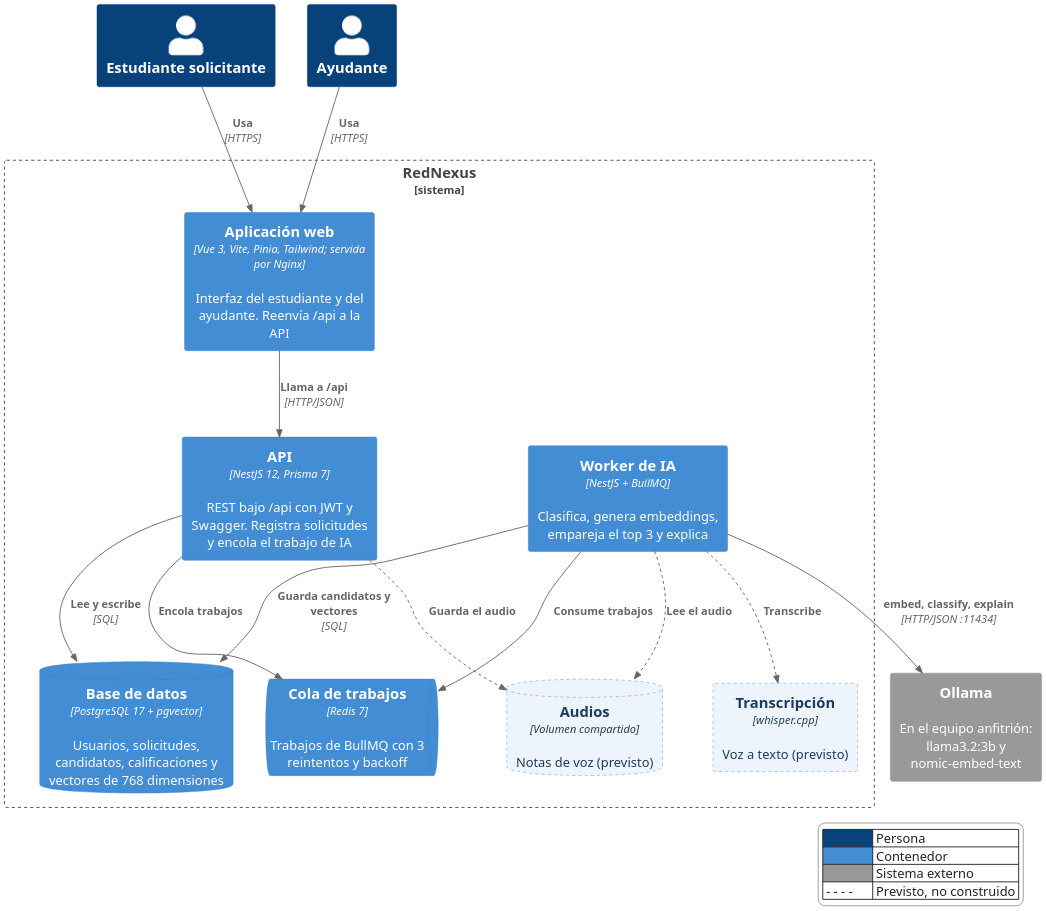
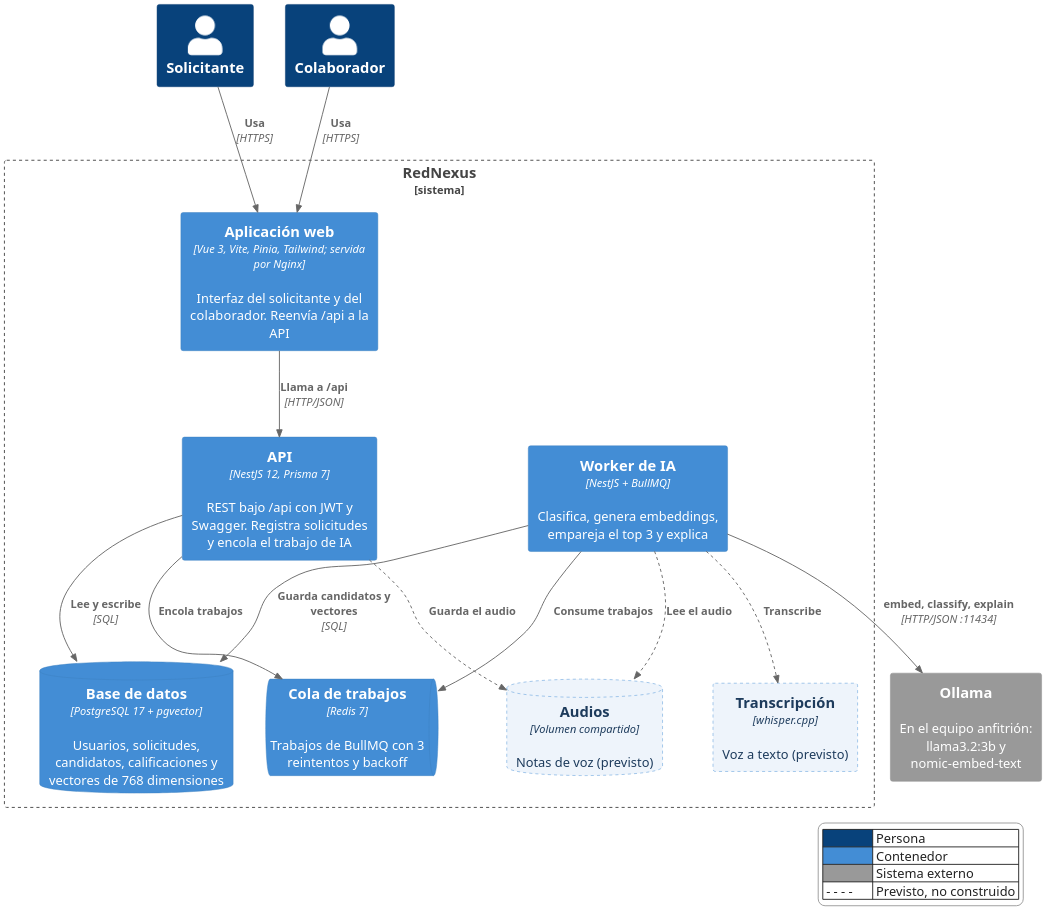
One commit to juanjosegl/RedNexus-Platform changed the diagram in docs/arquitectura/diagramas/02-c4-contenedores.puml. Above: the diagram before and after it, drawn with PlantUML. The commit also changed 15 other files, not shown here.

First line of the commit message:
docs(arquitectura): términos solicitante y colaborador en diagramas

```diff
--- a/docs/arquitectura/diagramas/02-c4-contenedores.puml
+++ b/docs/arquitectura/diagramas/02-c4-contenedores.puml
@@ -1,50 +1,50 @@
 @startuml 02-c4-contenedores
 ' C4 nivel 2: contenedores. La API y el worker usan la misma imagen (rednexus-api).
 !include <C4/C4_Container>
 skinparam dpi 200
 skinparam defaultFontName "Helvetica"
 HIDE_STEREOTYPE()
 skinparam LegendFontColor #222222
 skinparam LegendBackgroundColor #ffffff
 skinparam LegendBorderColor #999999
 AddElementTag("previsto", $bgColor="#eef4fb", $fontColor="#1d3b5c", $borderColor="#438dd5", $borderStyle=DashedLine())
 AddRelTag("previsto", $lineStyle=DashedLine())
 
-Person(sol, "Estudiante solicitante")
-Person(ayu, "Ayudante")
+Person(sol, "Solicitante")
+Person(ayu, "Colaborador")
 
 Boundary(rn, "RedNexus", "sistema") {
-  Container(web, "Aplicación web", "Vue 3, Vite, Pinia, Tailwind; servida por Nginx", "Interfaz del estudiante y del ayudante. Reenvía /api a la API")
+  Container(web, "Aplicación web", "Vue 3, Vite, Pinia, Tailwind; servida por Nginx", "Interfaz del solicitante y del colaborador. Reenvía /api a la API")
   Container(api, "API", "NestJS 12, Prisma 7", "REST bajo /api con JWT y Swagger. Registra solicitudes y encola el trabajo de IA")
   Container(worker, "Worker de IA", "NestJS + BullMQ", "Clasifica, genera embeddings, empareja el top 3 y explica")
   ContainerDb(db, "Base de datos", "PostgreSQL 17 + pgvector", "Usuarios, solicitudes, candidatos, calificaciones y vectores de 768 dimensiones")
   ContainerQueue(redis, "Cola de trabajos", "Redis 7", "Trabajos de BullMQ con 3 reintentos y backoff")
   ContainerDb(audio, "Audios", "Volumen compartido", "Notas de voz (previsto)", $tags="previsto")
   Container(whisper, "Transcripción", "whisper.cpp", "Voz a texto (previsto)", $tags="previsto")
 }
 
 System_Ext(ollama, "Ollama", "En el equipo anfitrión: llama3.2:3b y nomic-embed-text")
 
 Rel(sol, web, "Usa", "HTTPS")
 Rel(ayu, web, "Usa", "HTTPS")
 Rel(web, api, "Llama a /api", "HTTP/JSON")
 Rel(api, db, "Lee y escribe", "SQL")
 Rel(api, redis, "Encola trabajos")
 Rel(worker, redis, "Consume trabajos")
 Rel(worker, db, "Guarda candidatos y vectores", "SQL")
 Rel(worker, ollama, "embed, classify, explain", "HTTP/JSON :11434")
 Rel(api, audio, "Guarda el audio", $tags="previsto")
 Rel(worker, audio, "Lee el audio", $tags="previsto")
 Rel(worker, whisper, "Transcribe", $tags="previsto")
 
 Lay_R(sol, ayu)
 Lay_R(api, worker)
 Lay_R(db, redis)
 
 legend right
   |<#08427b>     | Persona |
   |<#438dd5>     | Contenedor |
   |<#999999>     | Sistema externo |
   | - - - -      | Previsto, no construido |
 endlegend
 @enduml
```
